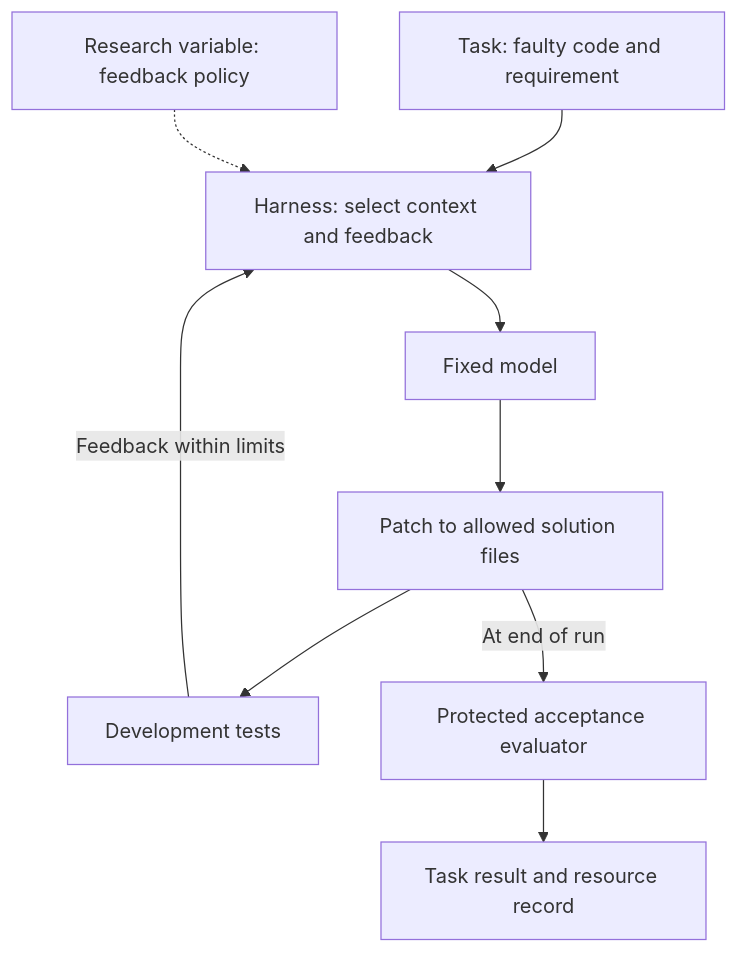
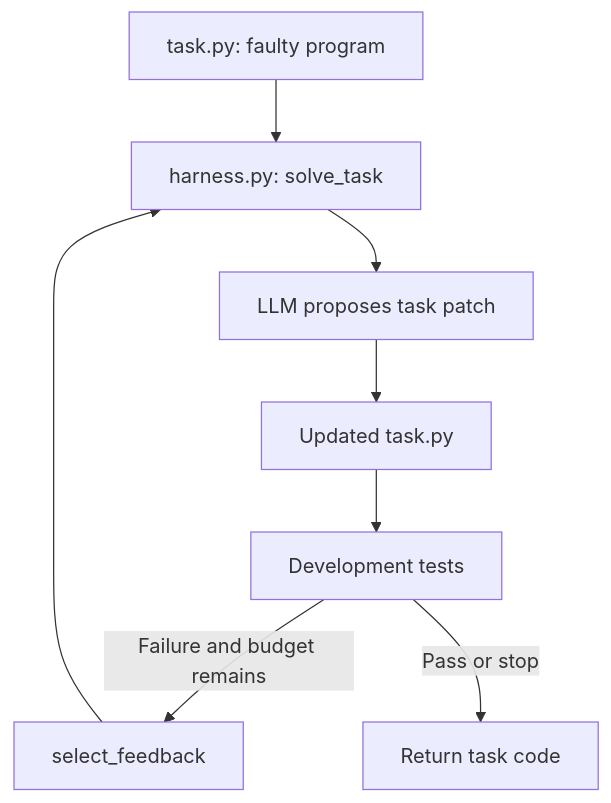
The first of 3 diagrams in research/proposals/case-0001-code-repair-harness.md (jairzinhosantos/thinking-harness), drawn with Mermaid before and after one commit. The commit also changed other lines of this file and 4 other files, not shown here.

Commit message:
docs: illustrate task repair and harness optimization

````diff
--- a/research/proposals/case-0001-code-repair-harness.md
+++ b/research/proposals/case-0001-code-repair-harness.md
@@ -37,11 +68,10 @@
 ```mermaid
 flowchart TD
-    T[Task: faulty code and requirement] --> H[Harness: select context and feedback]
-    H --> M[Fixed model]
-    M --> P[Patch to allowed solution files]
+    T[task.py: faulty program] --> H[harness.py: solve_task]
+    H --> L[LLM proposes task patch]
+    L --> P[Updated task.py]
     P --> D[Development tests]
-    D -->|Feedback within limits| H
-    P -->|At end of run| E[Protected acceptance evaluator]
-    E --> R[Task result and resource record]
-    V[Research variable: feedback policy] -.-> H
+    D -->|Failure and budget remains| F[select_feedback]
+    F --> H
+    D -->|Pass or stop| R[Return task code]
 ```
````
